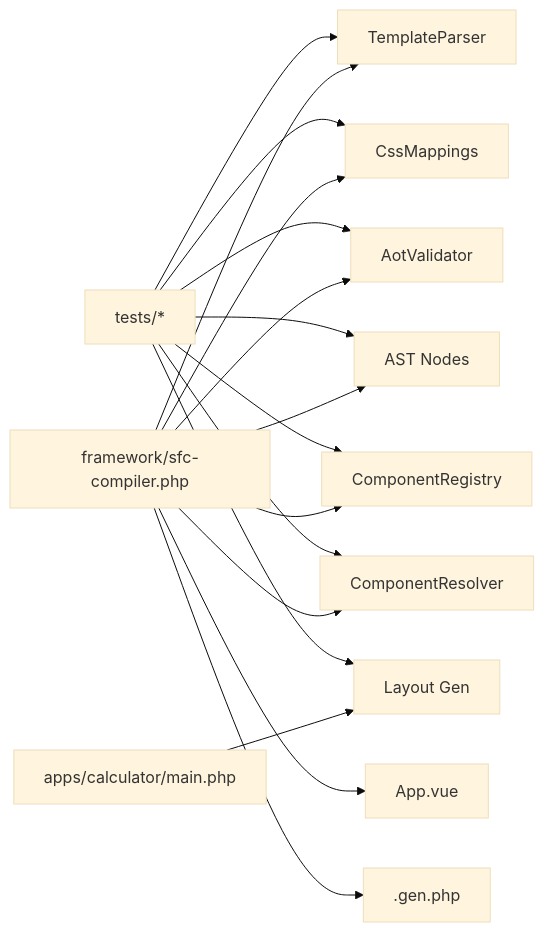
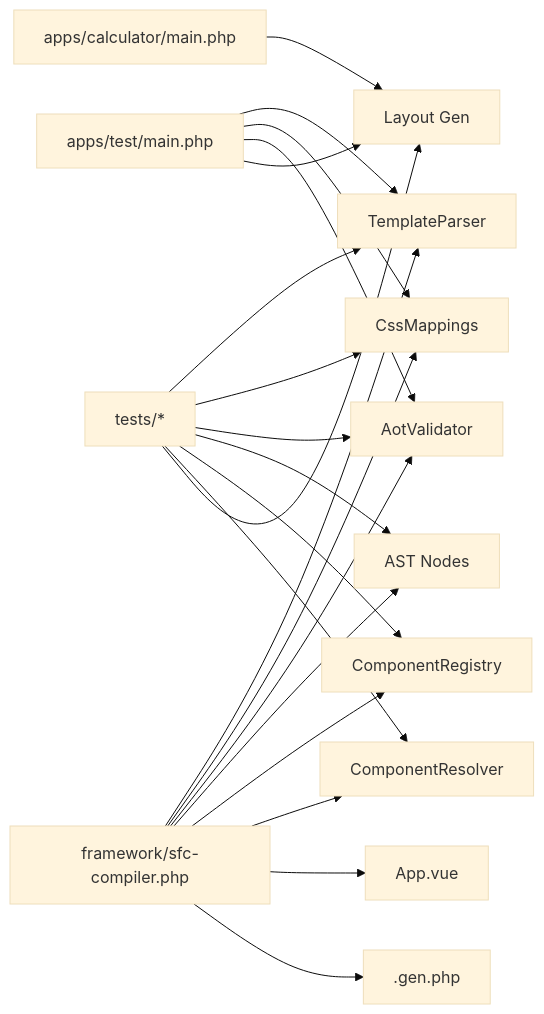
Diagram 11 of 11 in .qoder/repowiki/zh/content/测试策略.md (xingye00186/PHP-Data-UI-Framework-powered-by-swooleAOT), drawn with Mermaid (base theme) before and after one commit. The commit also changed other lines of this file and 10 other files, not shown here.

````diff
--- a/.qoder/repowiki/zh/content/测试策略.md
+++ b/.qoder/repowiki/zh/content/测试策略.md
@@ -506,19 +571,23 @@
 ```mermaid
 graph LR
 T["tests/*"] --> TP["TemplateParser"]
 T --> CM["CssMappings"]
 T --> AV["AotValidator"]
 T --> AN["AST Nodes"]
 T --> CR["ComponentRegistry"]
 T --> RES["ComponentResolver"]
 T --> LG["Layout Gen"]
+AT["apps/test/main.php"] --> TP
+AT --> CM
+AT --> AV
+AT --> LG
 CLI["framework/sfc-compiler.php"] --> TP
 CLI --> CM
 CLI --> AV
 CLI --> AN
 CLI --> CR
 CLI --> RES
 CLI --> SRC["App.vue"]
 CLI --> GEN[".gen.php"]
 RUN["apps/calculator/main.php"] --> LG
 ```
````
